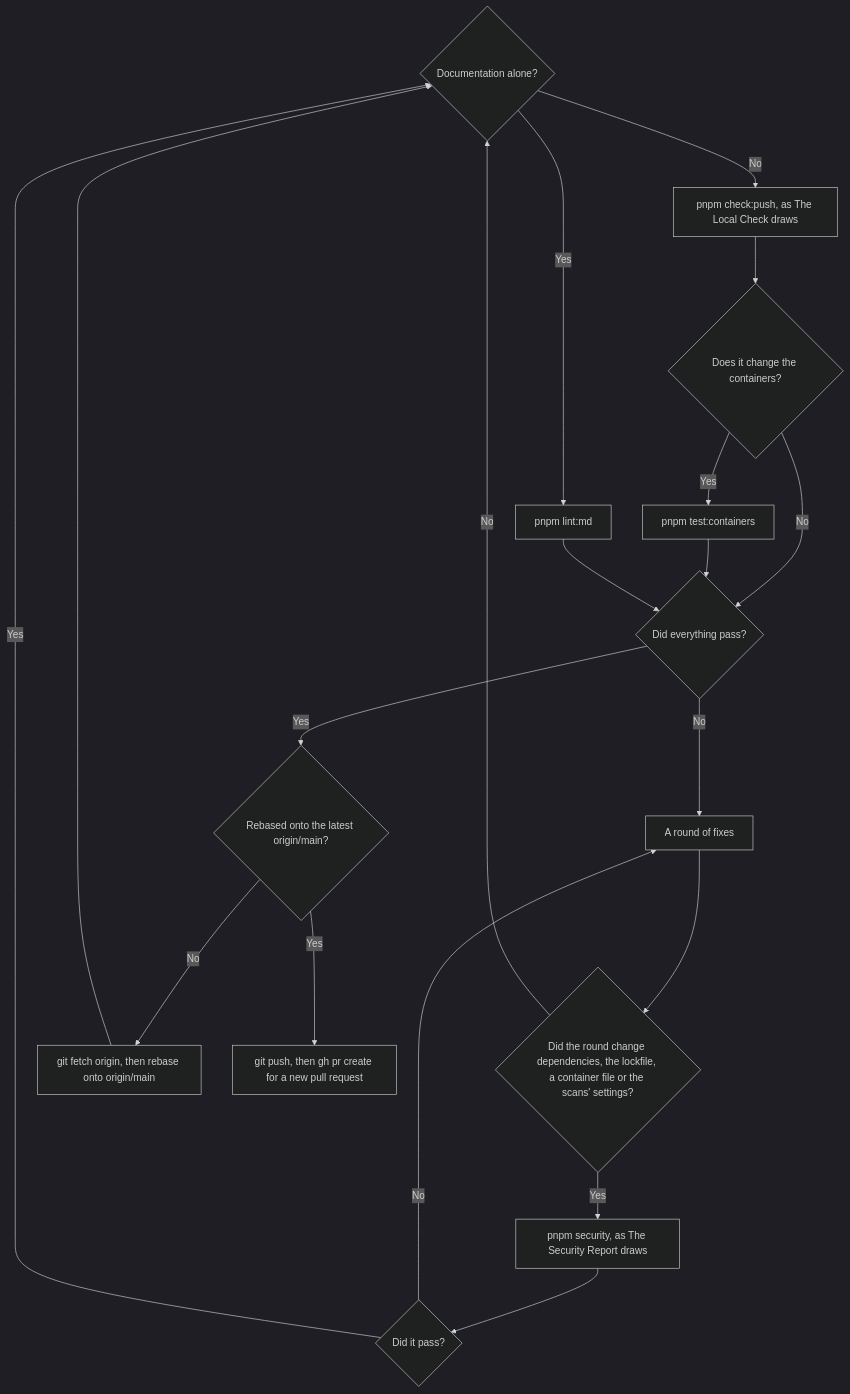
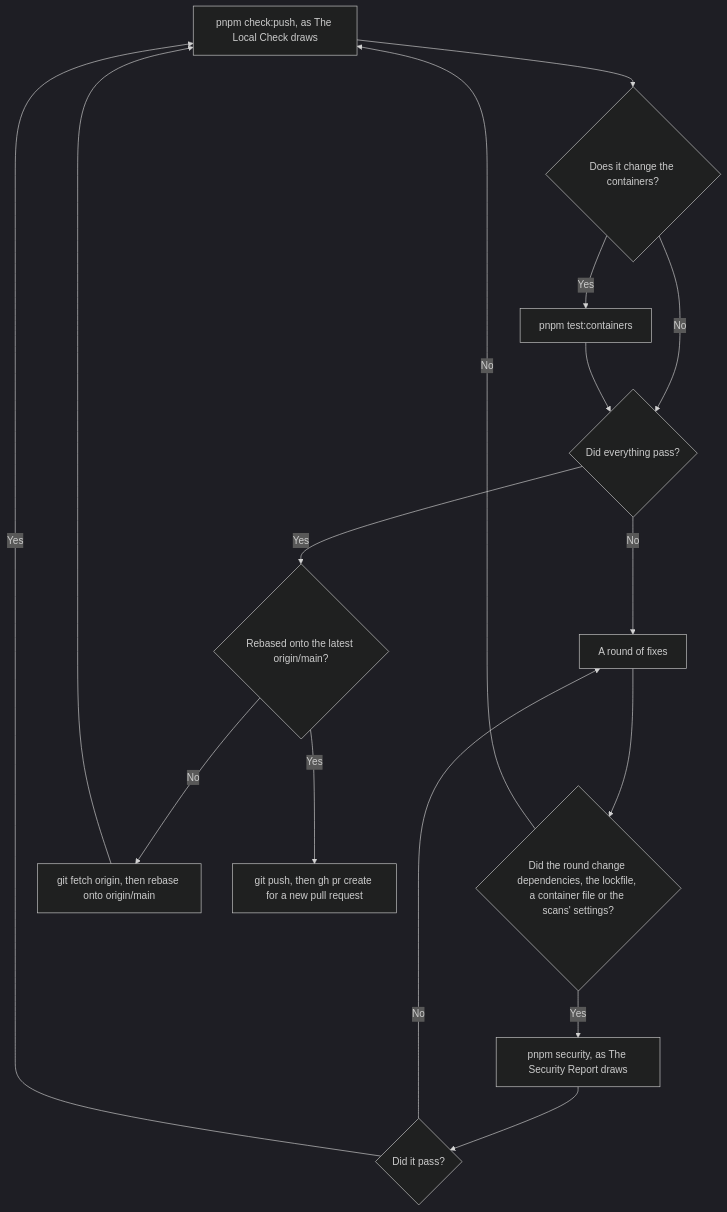
One commit to ribbitworks/fathom changed the third of 11 diagrams in docs/design/checks-and-ci.md. Above: the diagram before and after it, drawn with Mermaid (dark theme). The commit also changed other lines of this file and 6 other files, not shown here.

First line of the commit message:
chore: let check:push choose its jobs from the change

````diff
--- a/docs/design/checks-and-ci.md
+++ b/docs/design/checks-and-ci.md
@@ -64,22 +64,19 @@
 ```mermaid
 flowchart TD
-    LocalDocs{"Documentation alone?"}
-    LocalDocs -- Yes --> LintMd["pnpm lint:md"]
-    LocalDocs -- No --> CheckPush["pnpm check:push, as The Local Check draws"]
+    CheckPush["pnpm check:push, as The Local Check draws"]
     CheckPush --> AffectsContainers{"Does it change the containers?"}
     AffectsContainers -- Yes --> TestContainers["pnpm test:containers"]
     AffectsContainers -- No --> LocalPassed{"Did everything pass?"}
     TestContainers --> LocalPassed
-    LintMd --> LocalPassed
     LocalPassed -- No --> Fix["A round of fixes"]
     Fix --> SecurityInputs{"Did the round change dependencies, the lockfile, a container file or the scans' settings?"}
     SecurityInputs -- Yes --> Security["pnpm security, as The Security Report draws"]
     Security --> SecurityPassed{"Did it pass?"}
     SecurityPassed -- No --> Fix
-    SecurityInputs -- No --> LocalDocs
-    SecurityPassed -- Yes --> LocalDocs
+    SecurityInputs -- No --> CheckPush
+    SecurityPassed -- Yes --> CheckPush
     LocalPassed -- Yes --> Rebased{"Rebased onto the latest origin/main?"}
     Rebased -- No --> Rebase["git fetch origin, then rebase onto origin/main"]
-    Rebase --> LocalDocs
+    Rebase --> CheckPush
     Rebased -- Yes --> Push["git push, then gh pr create for a new pull request"]
 ```
````
